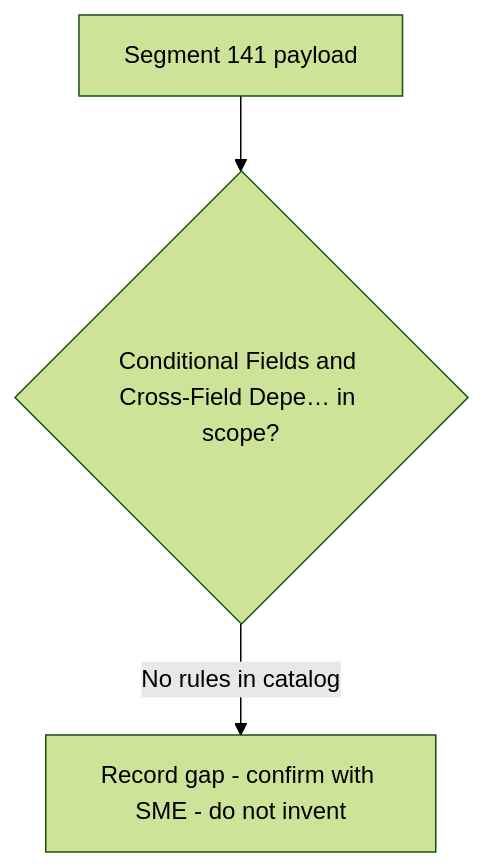
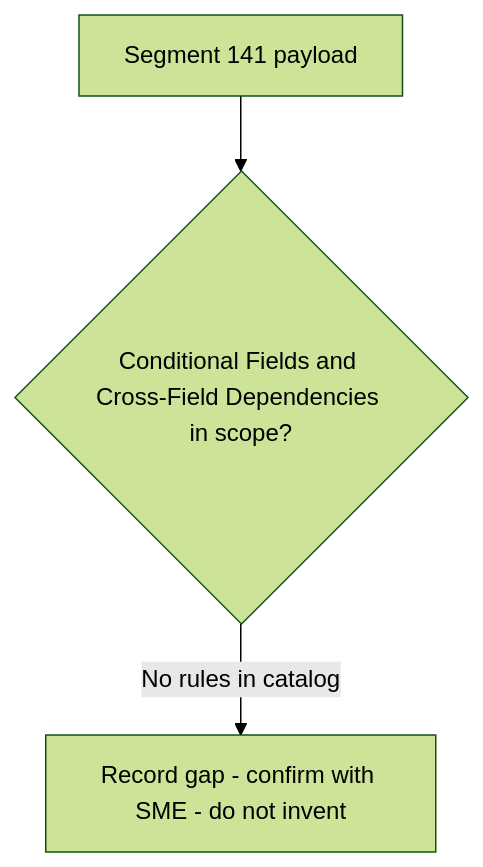
Before and after one commit to DhanSingh-hub/core-auth-ai-validation-framework: the diagram in regression-artifact-validator/specifications/ATL105/docs/specs/kb/segment-141/conditional-dependency-rules-flow.md, drawn with Mermaid (forest theme). The commit also changed 150 other files, not shown here.

````diff
--- a/regression-artifact-validator/specifications/ATL105/docs/specs/kb/segment-141/conditional-dependency-rules-flow.md
+++ b/regression-artifact-validator/specifications/ATL105/docs/specs/kb/segment-141/conditional-dependency-rules-flow.md
@@ -3,5 +3,5 @@
 ```mermaid
 flowchart TD
-    A[Segment 141 payload] --> B{Conditional Fields and Cross-Field Depe… in scope?}
+    A[Segment 141 payload] --> B{Conditional Fields and Cross-Field Dependencies in scope?}
     B -->|No rules in catalog| G[Record gap - confirm with SME - do not invent]
 ```
````
